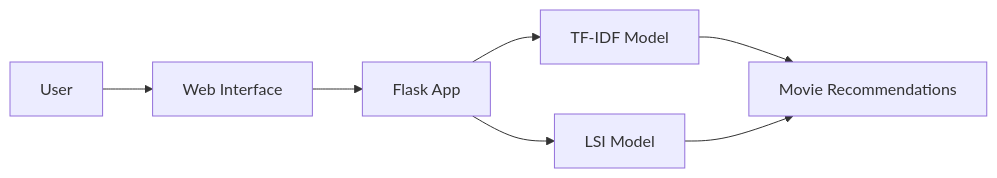
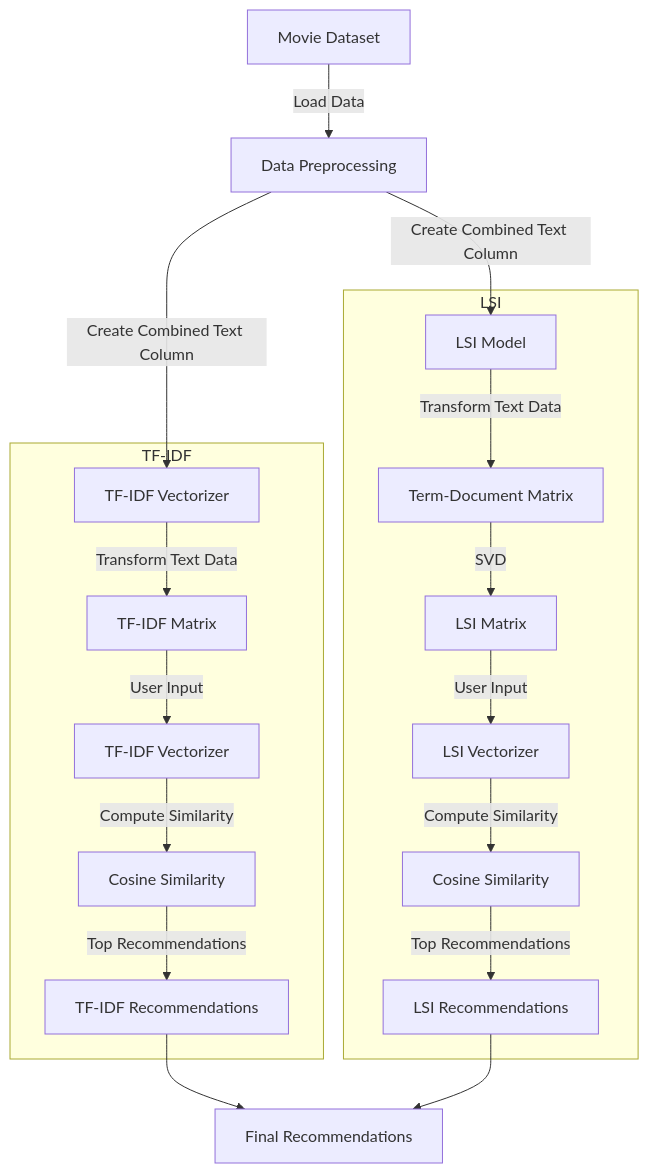
One commit to Jishu15/Movie-Recommendation-System changed the diagram in README.md. Above: the diagram before and after it, drawn with Mermaid. The commit also changed other lines of this file, not shown here.

````diff
--- a/README.md
+++ b/README.md
@@ -134,9 +132,24 @@
 ```mermaid
-graph LR
-A[User] --> B[Web Interface]
-B --> C[Flask App]
-C --> D1[TF-IDF Model]
-C --> D2[LSI Model]
-D1 --> E[Movie Recommendations]
-D2 --> E[Movie Recommendations]
+graph TD
+  A[Movie Dataset] -->|Load Data| B[Data Preprocessing]
+  B -->|Create Combined Text Column| C[TF-IDF Vectorizer]
+  B -->|Create Combined Text Column| D[LSI Model]
+
+  subgraph TF-IDF
+    C -->|Transform Text Data| E[TF-IDF Matrix]
+    E -->|User Input| F[TF-IDF Vectorizer]
+    F -->|Compute Similarity| G[Cosine Similarity]
+    G -->|Top Recommendations| H[TF-IDF Recommendations]
+  end
+
+  subgraph LSI
+    D -->|Transform Text Data| I[Term-Document Matrix]
+    I -->|SVD| J[LSI Matrix]
+    J -->|User Input| K[LSI Vectorizer]
+    K -->|Compute Similarity| L[Cosine Similarity]
+    L -->|Top Recommendations| M[LSI Recommendations]
+  end
+
+  H --> N[Final Recommendations]
+  M --> N
 ```
````
